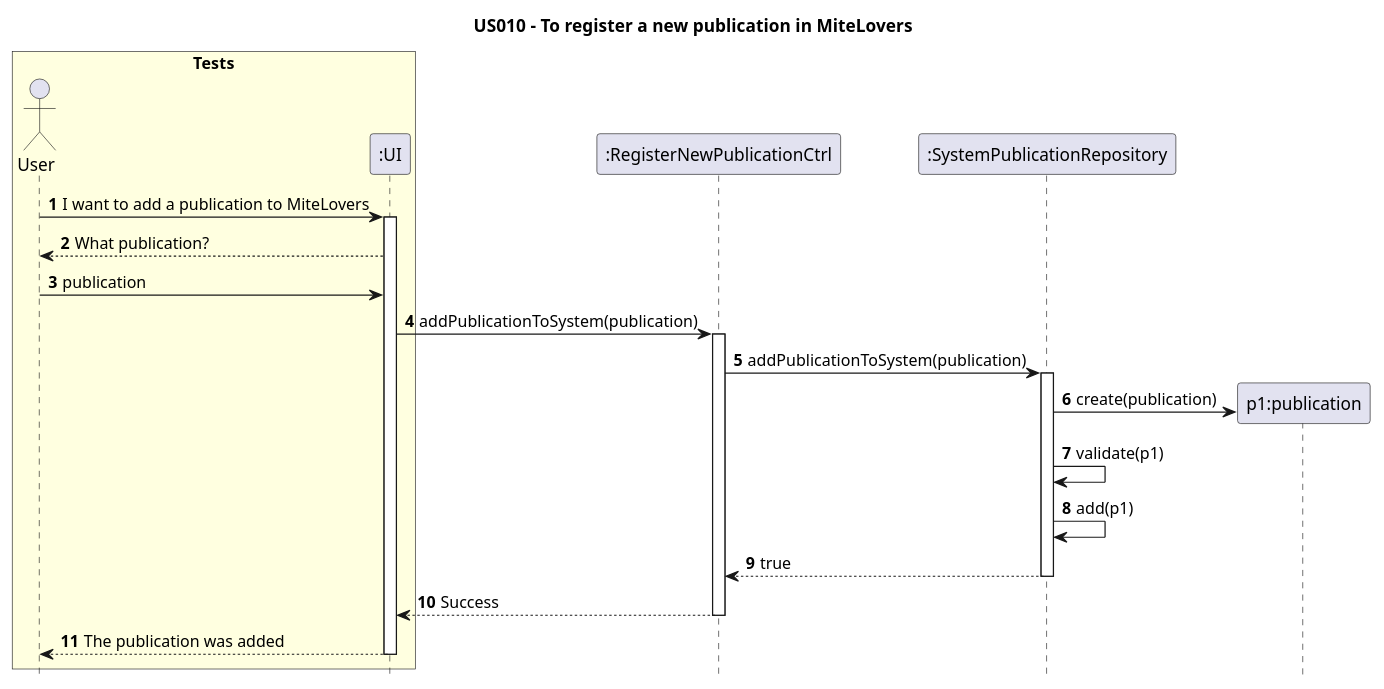
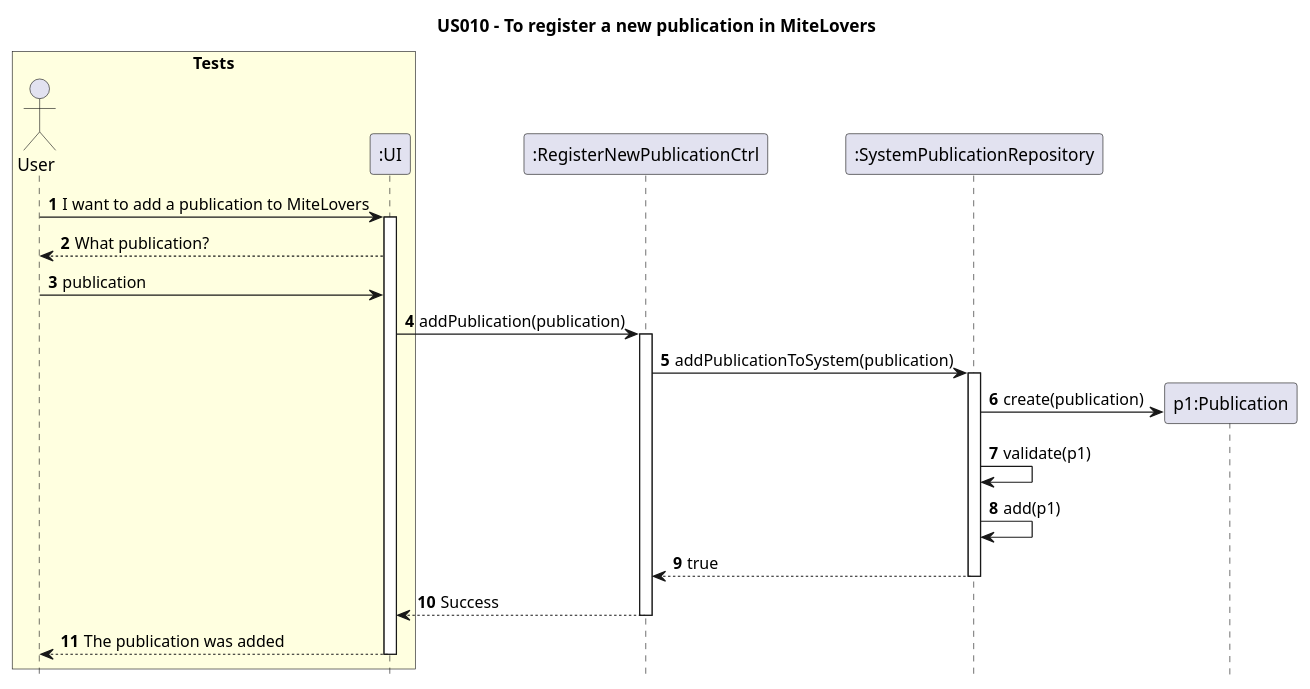
Before and after one commit to AndrePereiraGitH/SWitCH-Project-Team_A: the diagram in Diagrams/SequenceDiagrams/N2/US010-to-register-a-publication-to-add-to-library.puml, drawn with PlantUML. The commit also changed 3 other files, not shown here.

Commit message:
Working on #31 and #32. Corrected previous diagrams and added class diagrams (@inesgiesteira)

```diff
--- a/Diagrams/SequenceDiagrams/N2/US010-to-register-a-publication-to-add-to-library.puml
+++ b/Diagrams/SequenceDiagrams/N2/US010-to-register-a-publication-to-add-to-library.puml
@@ -1,47 +1,47 @@
 @startuml
 hide footbox
 autonumber
 title US010 - To register a new publication in MiteLovers
 
 ' As a User, I want to register a new publication
 ' in the system, so that I can add the
 ' publication to my library.
 
 box "Tests" #LightYellow
 actor User
 participant ":UI" as UI
 end box
 
 
 participant ":RegisterNewPublicationCtrl" as Ctrl
 
 participant ":SystemPublicationRepository" as SystemRepo
 
 
 ' Publication is to be treated the same as "Item", supposedly
 
 User -> UI : I want to add a publication to MiteLovers
 activate UI
 UI --> User : What publication?
 User -> UI : publication
-UI -> Ctrl : addPublicationToSystem(publication)
+UI -> Ctrl : addPublication(publication)
 activate Ctrl
 Ctrl -> SystemRepo : addPublicationToSystem(publication)
 activate SystemRepo
-create "p1:publication" as publication
+create "p1:Publication" as publication
 SystemRepo -> publication: create(publication)
 
 
 SystemRepo -> SystemRepo : validate(p1)
 SystemRepo -> SystemRepo : add(p1)
 
 SystemRepo --> Ctrl : true
 deactivate SystemRepo
 Ctrl --> UI : Success
 deactivate Ctrl
 UI --> User : The publication was added
 deactivate UI
 
 
 
 @enduml
```
